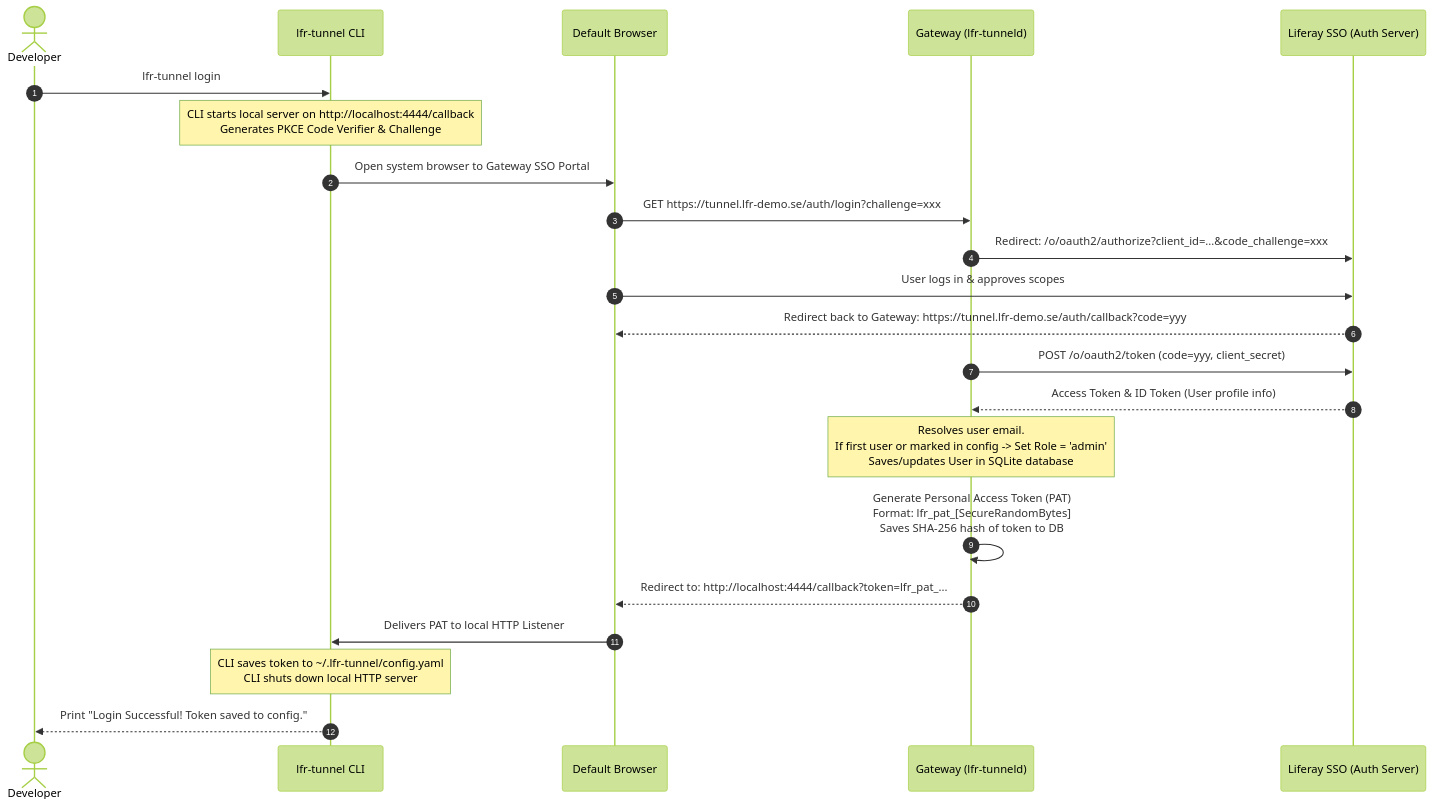
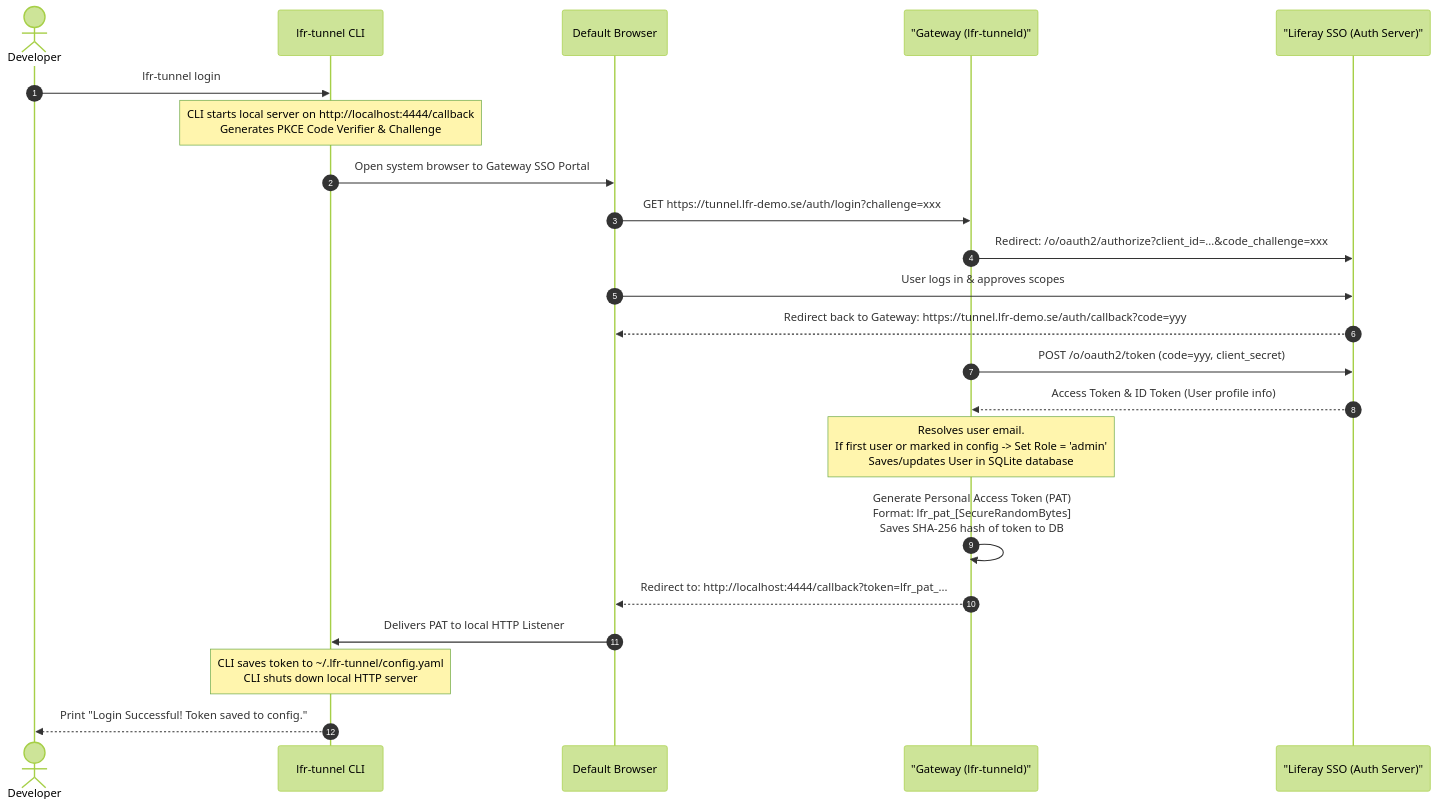
The third of 3 diagrams in docs/auth_architecture.md (peterrichards-lr/lfr-tunnel), drawn with Mermaid (forest theme) before and after one commit. The commit also changed other lines of this file and 1 other file, not shown here.

Commit message:
docs: fix Mermaid syntax parsing errors in auth_architecture.md

````diff
--- a/docs/auth_architecture.md
+++ b/docs/auth_architecture.md
@@ -130,28 +130,28 @@
 ```mermaid
 sequenceDiagram
     autonumber
     actor Dev as Developer
     participant CLI as lfr-tunnel CLI
     participant Browser as Default Browser
-    participant GW as Gateway (lfr-tunneld)
-    participant SSO as Liferay SSO (Auth Server)
+    participant GW as "Gateway (lfr-tunneld)"
+    participant SSO as "Liferay SSO (Auth Server)"
 
     Dev->>CLI: lfr-tunnel login
     Note over CLI: CLI starts local server on http://localhost:4444/callback<br/>Generates PKCE Code Verifier & Challenge
     CLI->>Browser: Open system browser to Gateway SSO Portal
     Browser->>GW: GET https://tunnel.lfr-demo.se/auth/login?challenge=xxx
     GW->>SSO: Redirect: /o/oauth2/authorize?client_id=...&code_challenge=xxx
     Browser->>SSO: User logs in & approves scopes
     SSO-->>Browser: Redirect back to Gateway: https://tunnel.lfr-demo.se/auth/callback?code=yyy
     GW->>SSO: POST /o/oauth2/token (code=yyy, client_secret)
     SSO-->>GW: Access Token & ID Token (User profile info)
     
     Note over GW: Resolves user email.<br/>If first user or marked in config -> Set Role = 'admin'<br/>Saves/updates User in SQLite database
     
     GW->>GW: Generate Personal Access Token (PAT)<br/>Format: lfr_pat_[SecureRandomBytes]<br/>Saves SHA-256 hash of token to DB
     
     GW-->>Browser: Redirect to: http://localhost:4444/callback?token=lfr_pat_...
     Browser->>CLI: Delivers PAT to local HTTP Listener
     Note over CLI: CLI saves token to ~/.lfr-tunnel/config.yaml<br/>CLI shuts down local HTTP server
     CLI-->>Dev: Print "Login Successful! Token saved to config."
 ```
````
